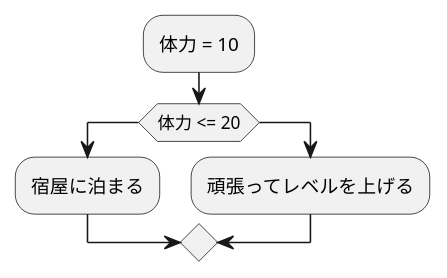
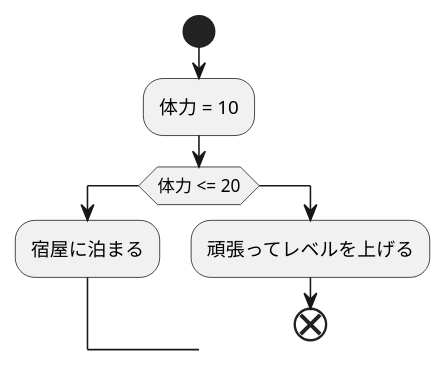
Before and after one commit to Aso2001009/2021sys-design: the diagram in kadai1.md, drawn with PlantUML.

````diff
--- a/kadai1.md
+++ b/kadai1.md
@@ -1,9 +1,11 @@
 ```uml
 @startuml
+start
 :体力 = 10;
 if (体力 <= 20)
   :宿屋に泊まる;
 else
   :頑張ってレベルを上げる;
+end
 @enduml
 ```
````
